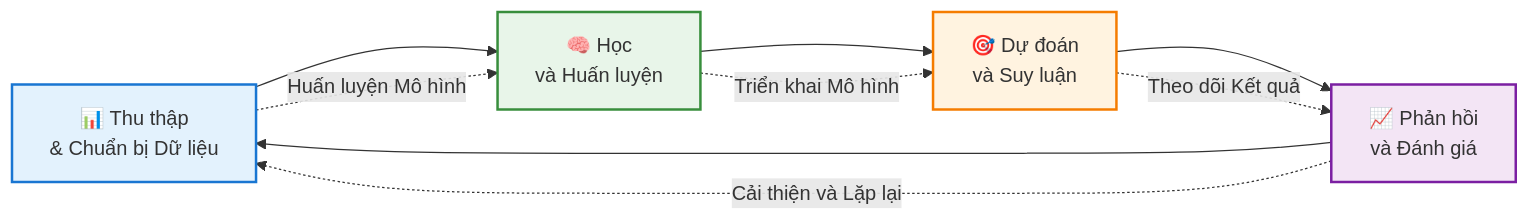
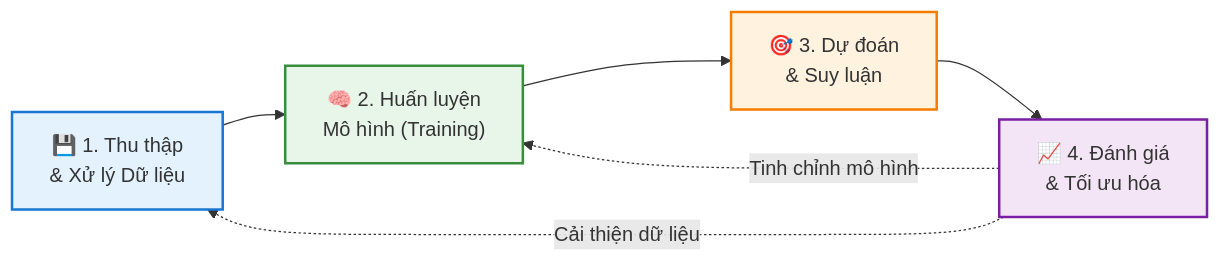
Before and after one commit to ThanhKieuVT/AIO-2026---Warm-01: the diagram in Bog 2/main.md, drawn with Mermaid. The commit also changed other lines of this file and 1 other file, not shown here.

````diff
--- a/Bog 2/main.md
+++ b/Bog 2/main.md
@@ -11,17 +15,13 @@
 ```mermaid
 graph LR
-    A["📊 Thu thập<br/>& Chuẩn bị Dữ liệu"] --> B["🧠 Học<br/>và Huấn luyện"]
-    B --> C["🎯 Dự đoán<br/>và Suy luận"]
-    C --> D["📈 Phản hồi<br/>và Đánh giá"]
-    D --> A
-    
-    A -.->|Huấn luyện Mô hình| B
-    B -.->|Triển khai Mô hình| C
-    C -.->|Theo dõi Kết quả| D
-    D -.->|Cải thiện và Lặp lại| A
+    A["💾 1. Thu thập<br/>& Xử lý Dữ liệu"] --> B["🧠 2. Huấn luyện<br/>Mô hình (Training)"]
+    B --> C["🎯 3. Dự đoán<br/>& Suy luận"]
+    C --> D["📈 4. Đánh giá<br/>& Tối ưu hóa"]
+    D -.->|Cải thiện dữ liệu| A
+    D -.->|Tinh chỉnh mô hình| B
     
     style A fill:#e3f2fd,stroke:#1976d2,stroke-width:2px
     style B fill:#e8f5e9,stroke:#388e3c,stroke-width:2px
     style C fill:#fff3e0,stroke:#f57c00,stroke-width:2px
     style D fill:#f3e5f5,stroke:#7b1fa2,stroke-width:2px
 ```
````
